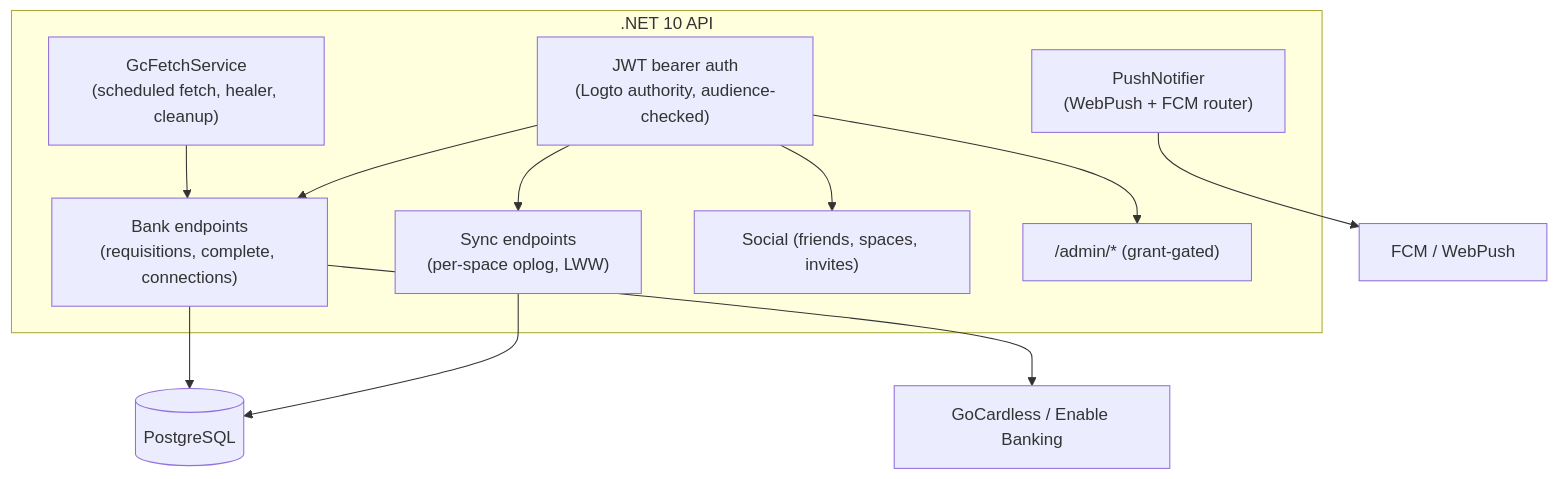
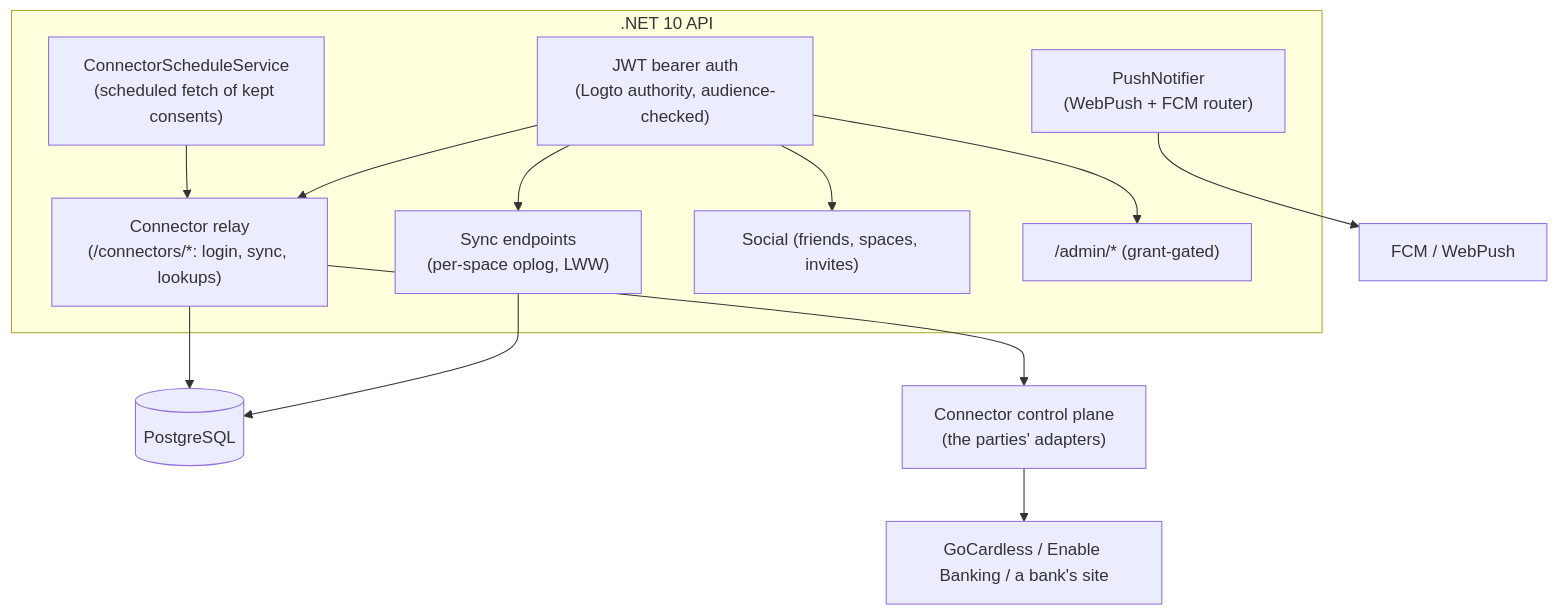
One commit to okkes/munnimok changed the ninth of 12 diagrams in docs/architecture.md. Above: the diagram before and after it, drawn with Mermaid. The commit also changed other lines of this file and 3 other files, not shown here.

````diff
--- a/docs/architecture.md
+++ b/docs/architecture.md
@@ -388,18 +396,19 @@
 ```mermaid
 flowchart TB
   subgraph API[".NET 10 API"]
     AUTH["JWT bearer auth<br/>(Logto authority, audience-checked)"]
     SYNC["Sync endpoints<br/>(per-space oplog, LWW)"]
-    GCE["Bank endpoints<br/>(requisitions, complete, connections)"]
-    FETCH["GcFetchService<br/>(scheduled fetch, healer, cleanup)"]
+    GCE["Connector relay<br/>(/connectors/*: login, sync, lookups)"]
+    FETCH["ConnectorScheduleService<br/>(scheduled fetch of kept consents)"]
     SOC["Social (friends, spaces, invites)"]
     PUSHM["PushNotifier<br/>(WebPush + FCM router)"]
     ADMEP["/admin/* (grant-gated)"]
   end
   AUTH --> SYNC & GCE & SOC & ADMEP
   FETCH --> GCE
   SYNC --> DB[("PostgreSQL")]
   GCE --> DB
-  GCE --> AISP["GoCardless / Enable Banking"]
+  GCE --> CP["Connector control plane<br/>(the parties' adapters)"]
+  CP --> AISP["GoCardless / Enable Banking / a bank's site"]
   PUSHM --> FCMX["FCM / WebPush"]
 ```
````
